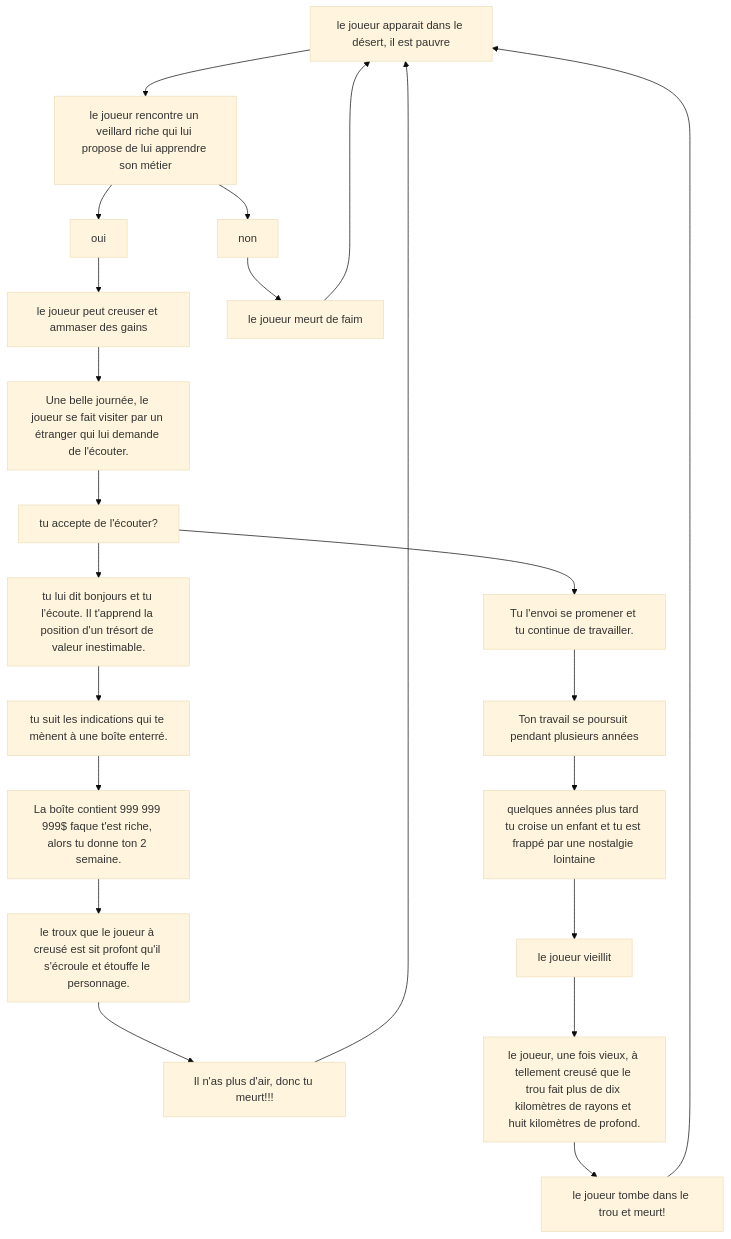
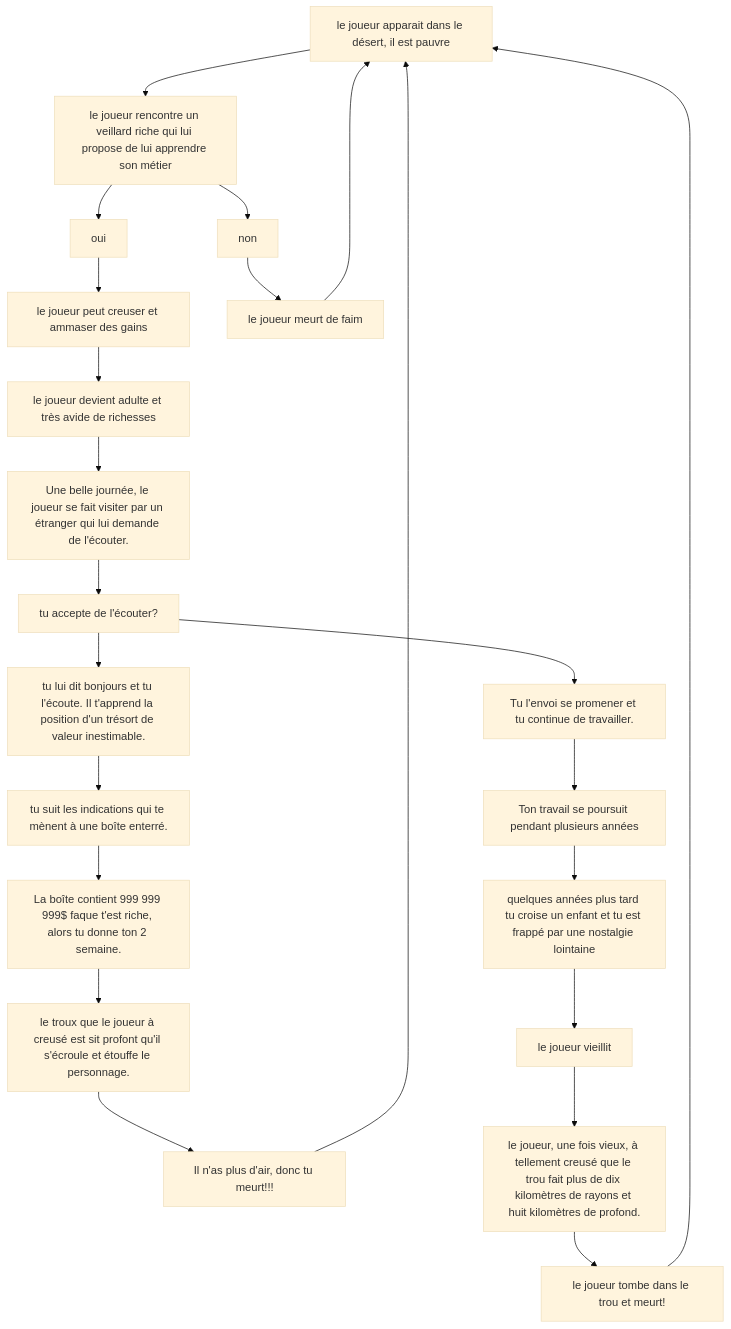
The diagram in README.md (KevenMalric/E2), drawn with Mermaid (base theme) before and after one commit.

````diff
--- a/README.md
+++ b/README.md
@@ -18,27 +18,27 @@
 ```mermaid
 graph TD;
     personnage[le joueur apparait dans le désert, il est pauvre]-->apprenti?;
     apprenti?[le joueur rencontre un veillard riche qui lui propose de lui apprendre son métier]-->oui;
     apprenti?[le joueur rencontre un veillard riche qui lui propose de lui apprendre son métier]-->non;
     oui-->creuse[le joueur peut creuser et ammaser des gains];
     non-->décès[le joueur meurt de faim];
     décès-->personnage
-    creuse-->visiteur[Une belle journée, le joueur se fait visiter par un étranger qui lui demande de l'écouter.];
+    creuse-->adulte[le joueur devient adulte et très avide de richesses]-->visiteur[Une belle journée, le joueur se fait visiter par un étranger qui lui demande de l'écouter.];
     visiteur-->parle?[tu accepte de l'écouter?];
     parle?-->salut[tu lui dit bonjours et tu l'écoute. Il t'apprend la position d'un trésort de valeur inestimable.];
     parle?-->non2[Tu l'envoi se promener et tu continue de travailler.];
     salut-->trésort[tu suit les indications qui te mènent à une boîte enterré.];
     trésort-->argent[La boîte contient 999 999 999$ faque t'est riche, alors tu donne ton 2 semaine.];
     argent-->catastrophe[le troux que le joueur à creusé est sit profont qu'il s'écroule et étouffe le personnage.];
     catastrophe-->meurt[Il n'as plus d'air, donc tu meurt!!!];
     meurt-->personnage;
     non2-->continue[Ton travail se poursuit pendant plusieurs années];
     continue-->enfant[quelques années plus tard tu croise un enfant et tu est frappé par une nostalgie lointaine];
     enfant-->vieux[le joueur vieillit]
     vieux-->trou[le joueur, une fois vieux, à tellement creusé que le trou fait plus de dix kilomètres de rayons et huit kilomètres de profond.];
     trou-->mort[le joueur tombe dans le trou et meurt!]
     mort-->personnage;
     
     
 
 ```
````
